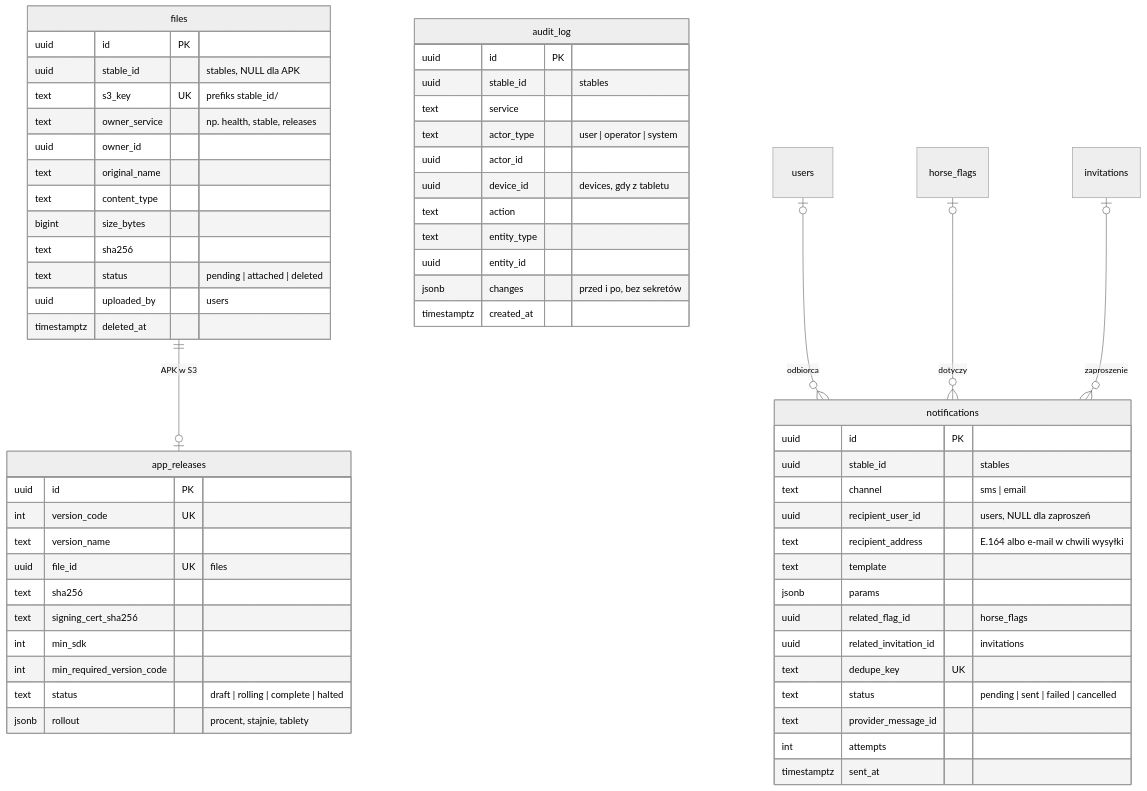
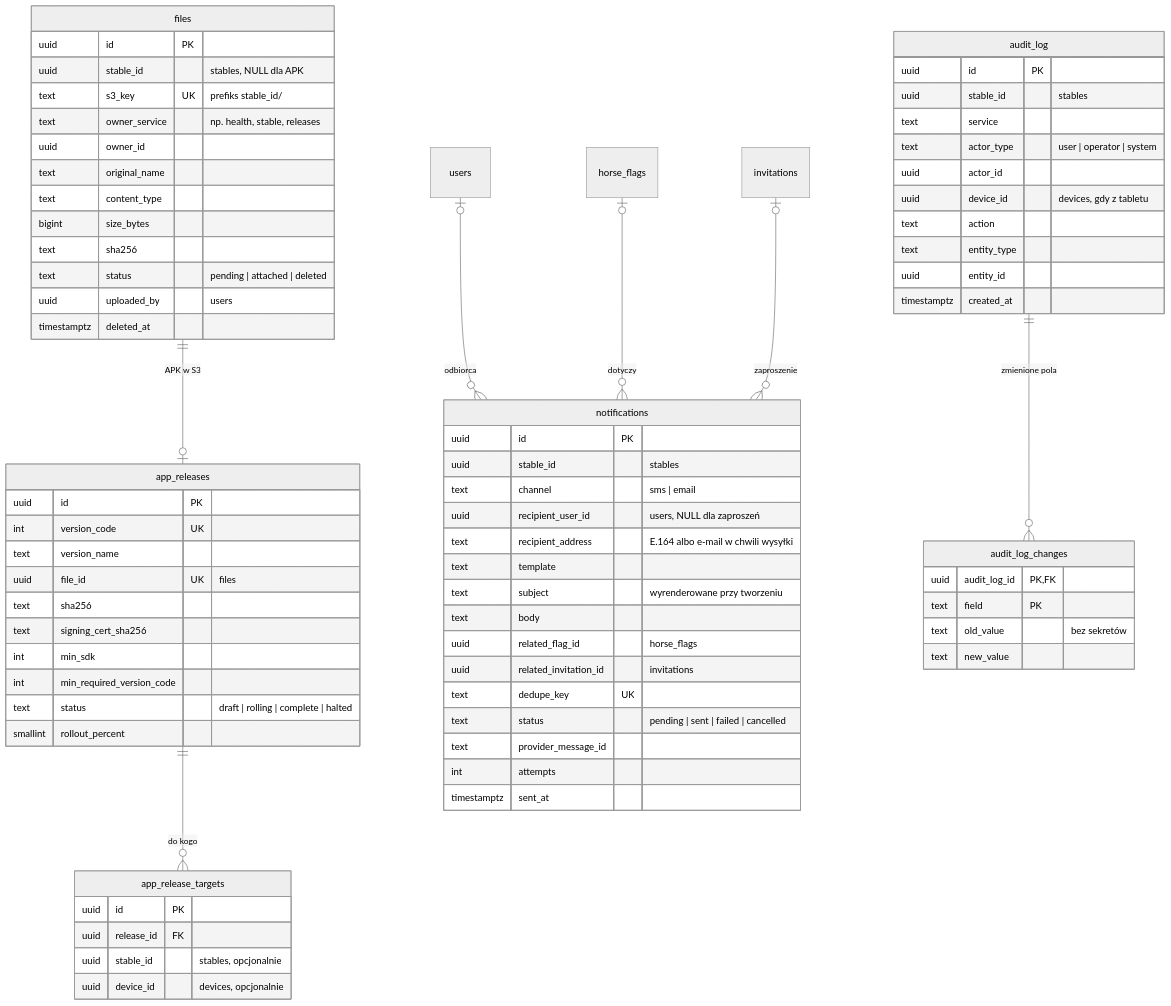
Before and after one commit to ClewlerStudent/KonskaAppka: the fifth of 6 diagrams in docs/erd.md, drawn with Mermaid (neutral theme). The commit also changed other lines of this file and 6 other files, not shown here.

First line of the commit message:
ERD: bez jsonb, obowiązkowy termin ważności zaproszeń

````diff
--- a/docs/erd.md
+++ b/docs/erd.md
@@ -651,65 +707,79 @@
 ```mermaid
 erDiagram
     files {
         uuid id PK
         uuid stable_id "stables, NULL dla APK"
         text s3_key UK "prefiks stable_id/"
         text owner_service "np. health, stable, releases"
         uuid owner_id
         text original_name
         text content_type
         bigint size_bytes
         text sha256
         text status "pending | attached | deleted"
         uuid uploaded_by "users"
         timestamptz deleted_at
     }
     app_releases {
         uuid id PK
         int version_code UK
         text version_name
         uuid file_id UK "files"
         text sha256
         text signing_cert_sha256
         int min_sdk
         int min_required_version_code
         text status "draft | rolling | complete | halted"
-        jsonb rollout "procent, stajnie, tablety"
+        smallint rollout_percent
+    }
+    app_release_targets {
+        uuid id PK
+        uuid release_id FK
+        uuid stable_id "stables, opcjonalnie"
+        uuid device_id "devices, opcjonalnie"
     }
     notifications {
         uuid id PK
         uuid stable_id "stables"
         text channel "sms | email"
         uuid recipient_user_id "users, NULL dla zaproszeń"
         text recipient_address "E.164 albo e-mail w chwili wysyłki"
         text template
-        jsonb params
+        text subject "wyrenderowane przy tworzeniu"
+        text body
         uuid related_flag_id "horse_flags"
         uuid related_invitation_id "invitations"
         text dedupe_key UK
         text status "pending | sent | failed | cancelled"
         text provider_message_id
         int attempts
         timestamptz sent_at
     }
     audit_log {
         uuid id PK
         uuid stable_id "stables"
         text service
         text actor_type "user | operator | system"
         uuid actor_id
         uuid device_id "devices, gdy z tabletu"
         text action
         text entity_type
         uuid entity_id
-        jsonb changes "przed i po, bez sekretów"
         timestamptz created_at
+    }
+    audit_log_changes {
+        uuid audit_log_id PK, FK
+        text field PK
+        text old_value "bez sekretów"
+        text new_value
     }
     users
     horse_flags
     invitations
     files ||--o| app_releases : "APK w S3"
+    app_releases ||--o{ app_release_targets : "do kogo"
+    audit_log ||--o{ audit_log_changes : "zmienione pola"
     users |o--o{ notifications : "odbiorca"
     horse_flags |o--o{ notifications : "dotyczy"
     invitations |o--o{ notifications : "zaproszenie"
 ```
````
